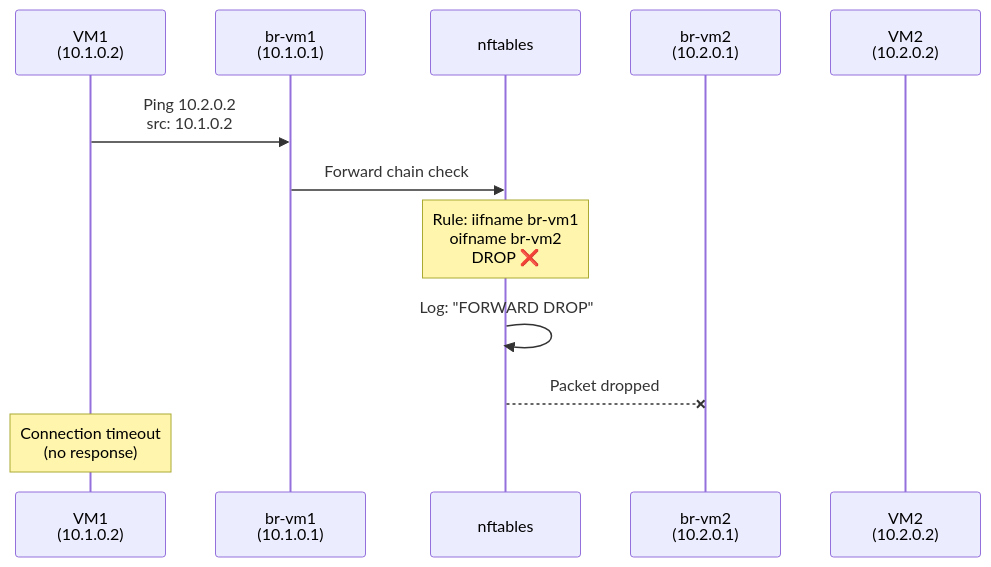
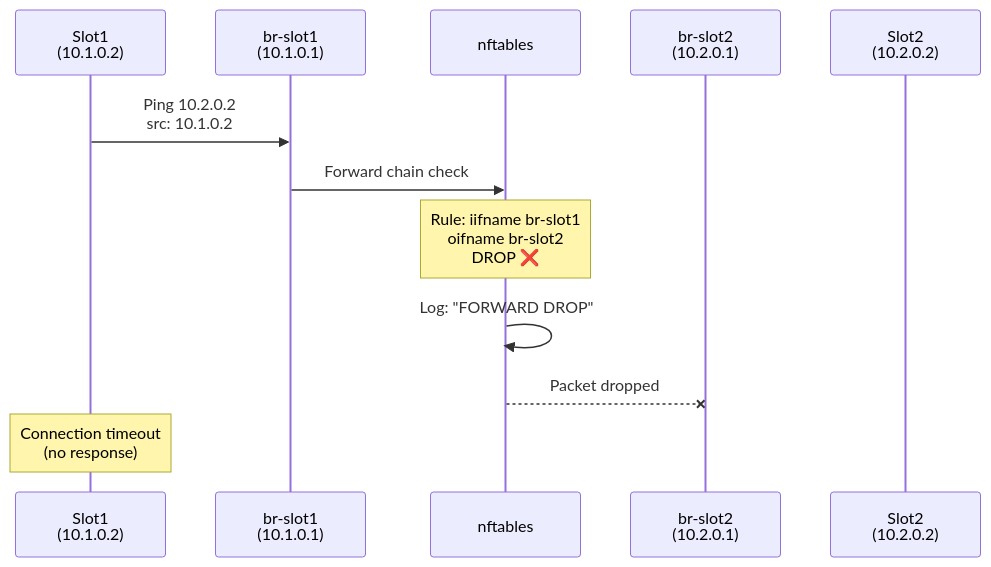
Before and after one commit to r33drichards/simple-microvm-infra: the fifth of 15 diagrams in NETWORK-TOPOLOGY.md, drawn with Mermaid. The commit also changed other lines of this file and 3 other files, not shown here.

First line of the commit message:
Update documentation for portable state architecture

````diff
--- a/NETWORK-TOPOLOGY.md
+++ b/NETWORK-TOPOLOGY.md
@@ -202,15 +202,15 @@
 ```mermaid
 sequenceDiagram
-    participant VM1 as VM1<br/>(10.1.0.2)
-    participant GW1 as br-vm1<br/>(10.1.0.1)
+    participant Slot1 as Slot1<br/>(10.1.0.2)
+    participant GW1 as br-slot1<br/>(10.1.0.1)
     participant NFT as nftables
-    participant GW2 as br-vm2<br/>(10.2.0.1)
-    participant VM2 as VM2<br/>(10.2.0.2)
+    participant GW2 as br-slot2<br/>(10.2.0.1)
+    participant Slot2 as Slot2<br/>(10.2.0.2)
 
-    VM1->>GW1: Ping 10.2.0.2<br/>src: 10.1.0.2
+    Slot1->>GW1: Ping 10.2.0.2<br/>src: 10.1.0.2
     GW1->>NFT: Forward chain check
-    Note over NFT: Rule: iifname br-vm1<br/>oifname br-vm2<br/>DROP ❌
+    Note over NFT: Rule: iifname br-slot1<br/>oifname br-slot2<br/>DROP ❌
     NFT->>NFT: Log: "FORWARD DROP"
     NFT--xGW2: Packet dropped
-    Note over VM1: Connection timeout<br/>(no response)
+    Note over Slot1: Connection timeout<br/>(no response)
 ```
````
